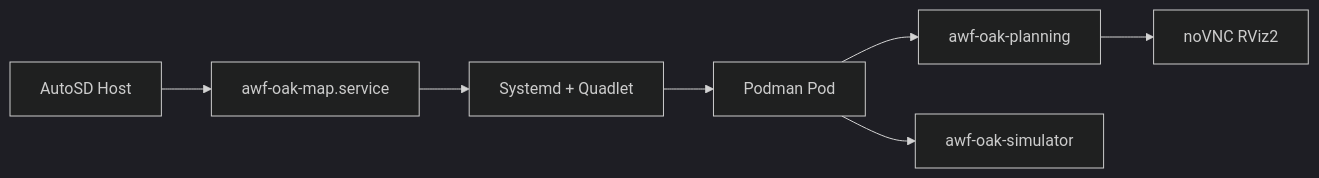
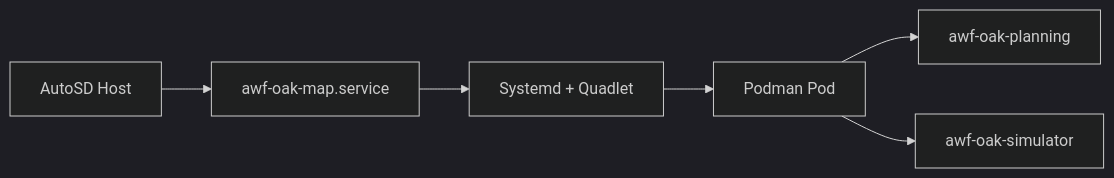
One commit to autowarefoundation/openadkit changed the diagram in docs/platforms/autosd/planning-simulator/index.md. Above: the diagram before and after it, drawn with Mermaid (dark theme). The commit also changed other lines of this file and 12 other files, not shown here.

````diff
--- a/docs/platforms/autosd/planning-simulator/index.md
+++ b/docs/platforms/autosd/planning-simulator/index.md
@@ -54,9 +59,8 @@
 ```mermaid
 graph LR
     Host[AutoSD Host] --> MapSvc[awf-oak-map.service]
     MapSvc --> Systemd[Systemd + Quadlet]
     Systemd --> Podman[Podman Pod]
     Podman --> PC[awf-oak-planning]
     Podman --> SIM[awf-oak-simulator]
-    PC --> VIZ[noVNC RViz2]
 ```
````
